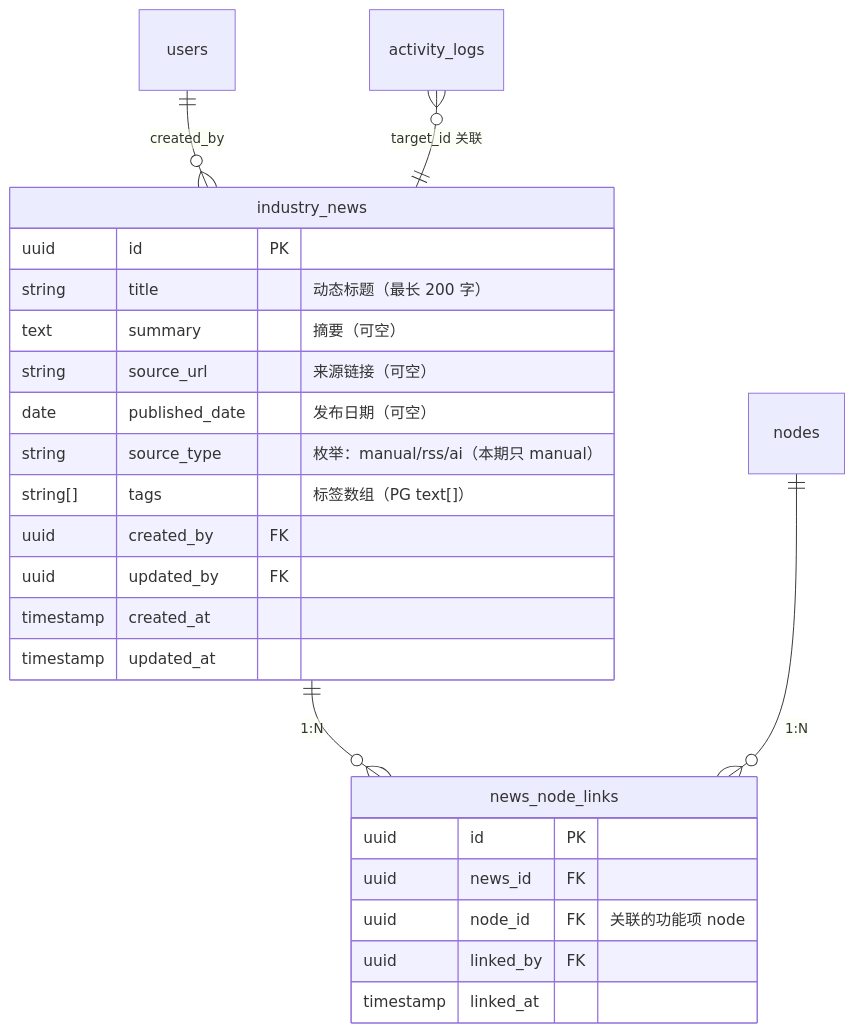
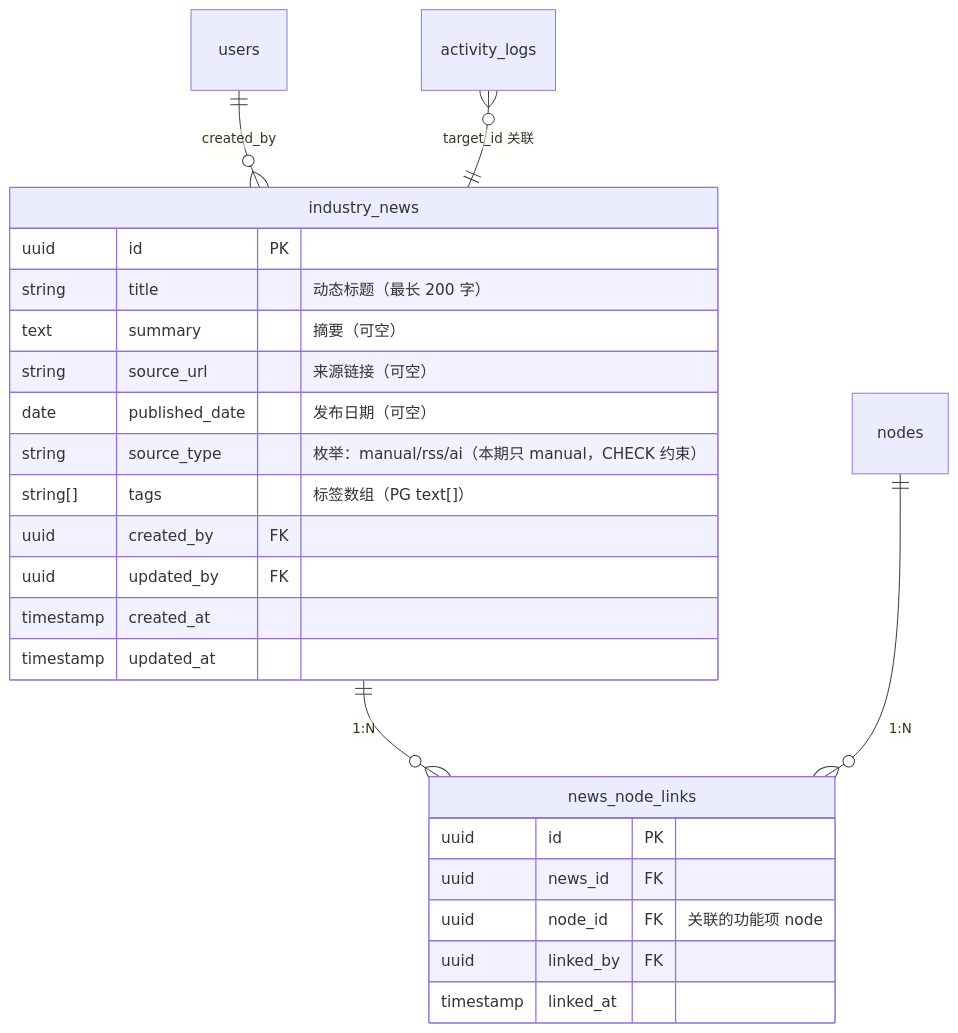
One commit to CY1005/prism-0420 changed the second of 2 diagrams in design/02-modules/M14-industry-news/00-design.md. Above: the diagram before and after it, drawn with Mermaid. The commit also changed other lines of this file and 11 other files, not shown here.

````diff
--- a/design/02-modules/M14-industry-news/00-design.md
+++ b/design/02-modules/M14-industry-news/00-design.md
@@ -131,29 +107,29 @@
 ```mermaid
 erDiagram
     users ||--o{ industry_news : "created_by"
     industry_news ||--o{ news_node_links : "1:N"
     nodes ||--o{ news_node_links : "1:N"
     activity_logs }o--|| industry_news : "target_id 关联"
 
     industry_news {
         uuid id PK
         string title "动态标题（最长 200 字）"
         text summary "摘要（可空）"
         string source_url "来源链接（可空）"
         date published_date "发布日期（可空）"
-        string source_type "枚举：manual/rss/ai（本期只 manual）"
+        string source_type "枚举：manual/rss/ai（本期只 manual，CHECK 约束）"
         string[] tags "标签数组（PG text[]）"
         uuid created_by FK
         uuid updated_by FK
         timestamp created_at
         timestamp updated_at
     }
 
     news_node_links {
         uuid id PK
         uuid news_id FK
         uuid node_id FK "关联的功能项 node"
         uuid linked_by FK
         timestamp linked_at
     }
 ```
````
